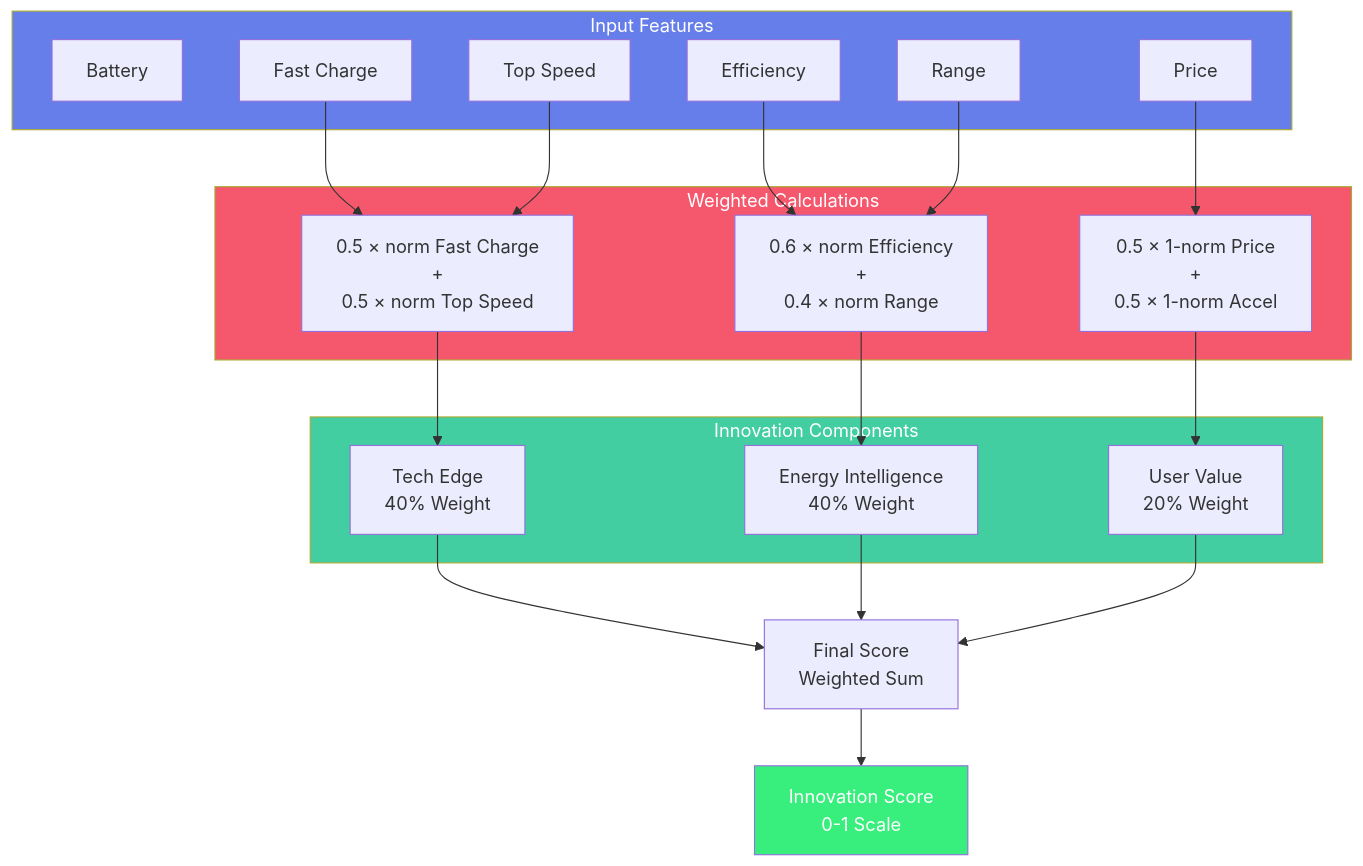
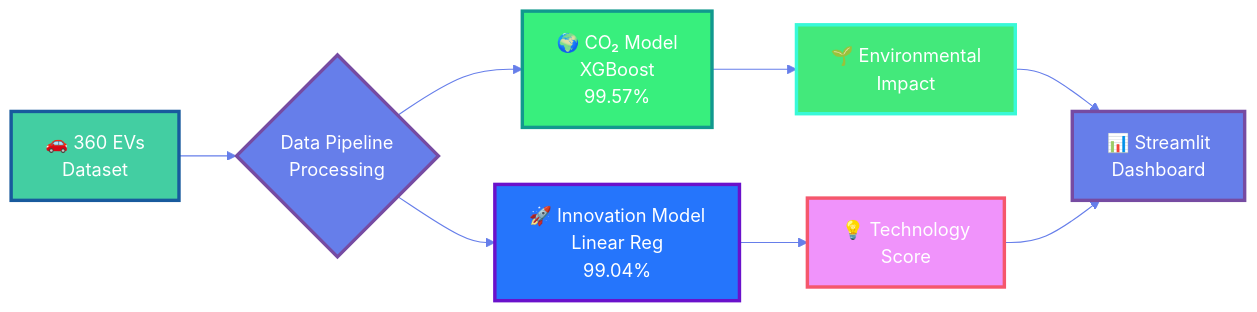
One commit to Itsshraddha/EVerGreen changed the first of 6 diagrams in README.md. Above: the diagram before and after it, drawn with Mermaid. The commit also changed other lines of this file, not shown here.

````diff
--- a/README.md
+++ b/README.md
@@ -311,44 +62,19 @@
 ```mermaid
-graph TD
-    subgraph Inputs["Input Features"]
-        A[Battery]
-        B[Efficiency]
-        C[Fast Charge]
-        D[Top Speed]
-        E[Range]
-        F[Price]
-    end
+%%{init: {'theme':'base', 'themeVariables': { 'primaryColor':'#43cea2','primaryTextColor':'#fff','primaryBorderColor':'#185a9d','lineColor':'#667eea','secondaryColor':'#38ef7d','tertiaryColor':'#2575fc'}}}%%
+graph LR
+    A[🚗 360 EVs<br/>Dataset] --> B{Data Pipeline<br/>Processing}
+    B --> C[🌍 CO₂ Model<br/>XGBoost<br/>99.57%]
+    B --> D[🚀 Innovation Model<br/>Linear Reg<br/>99.04%]
+    C --> E[🌱 Environmental<br/>Impact]
+    D --> F[💡 Technology<br/>Score]
+    E --> G[📊 Streamlit<br/>Dashboard]
+    F --> G
     
-    subgraph Components["Innovation Components"]
-        G[Tech Edge<br/>40% Weight]
-        H[Energy Intelligence<br/>40% Weight]
-        I[User Value<br/>20% Weight]
-    end
-    
-    subgraph Calculations["Weighted Calculations"]
-        J[0.5 × norm Fast Charge<br/>+<br/>0.5 × norm Top Speed]
-        K[0.6 × norm Efficiency<br/>+<br/>0.4 × norm Range]
-        L[0.5 × 1-norm Price<br/>+<br/>0.5 × 1-norm Accel]
-    end
-    
-    C --> J
-    D --> J
-    B --> K
-    E --> K
-    F --> L
-    
-    J --> G
-    K --> H
-    L --> I
-    
-    G --> M[Final Score<br/>Weighted Sum]
-    H --> M
-    I --> M
-    
-    M --> N[Innovation Score<br/>0-1 Scale]
-    
-    style Inputs fill:#667eea,color:#fff
-    style Components fill:#43cea2,color:#fff
-    style Calculations fill:#f5576c,color:#fff
-    style N fill:#38ef7d,color:#fff
+    style A fill:#43cea2,stroke:#185a9d,stroke-width:3px,color:#fff
+    style B fill:#667eea,stroke:#764ba2,stroke-width:3px,color:#fff
+    style C fill:#38ef7d,stroke:#11998e,stroke-width:3px,color:#fff
+    style D fill:#2575fc,stroke:#6a11cb,stroke-width:3px,color:#fff
+    style E fill:#43e97b,stroke:#38f9d7,stroke-width:3px,color:#fff
+    style F fill:#f093fb,stroke:#f5576c,stroke-width:3px,color:#fff
+    style G fill:#667eea,stroke:#764ba2,stroke-width:3px,color:#fff
 ```
````
